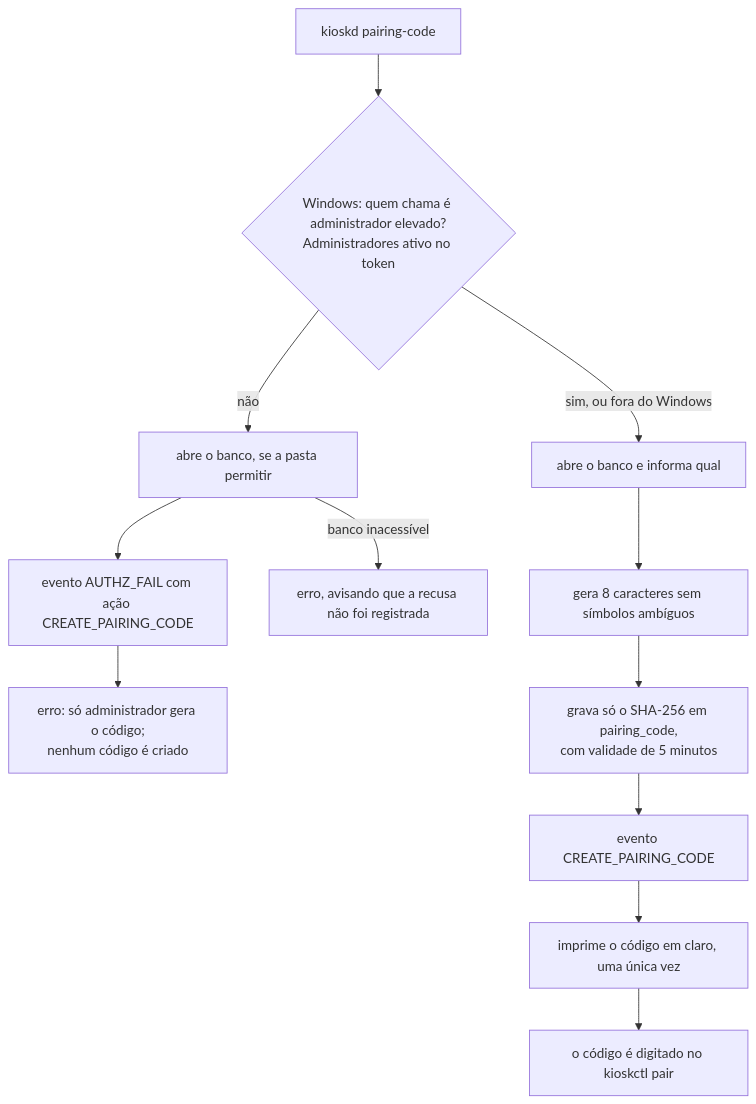
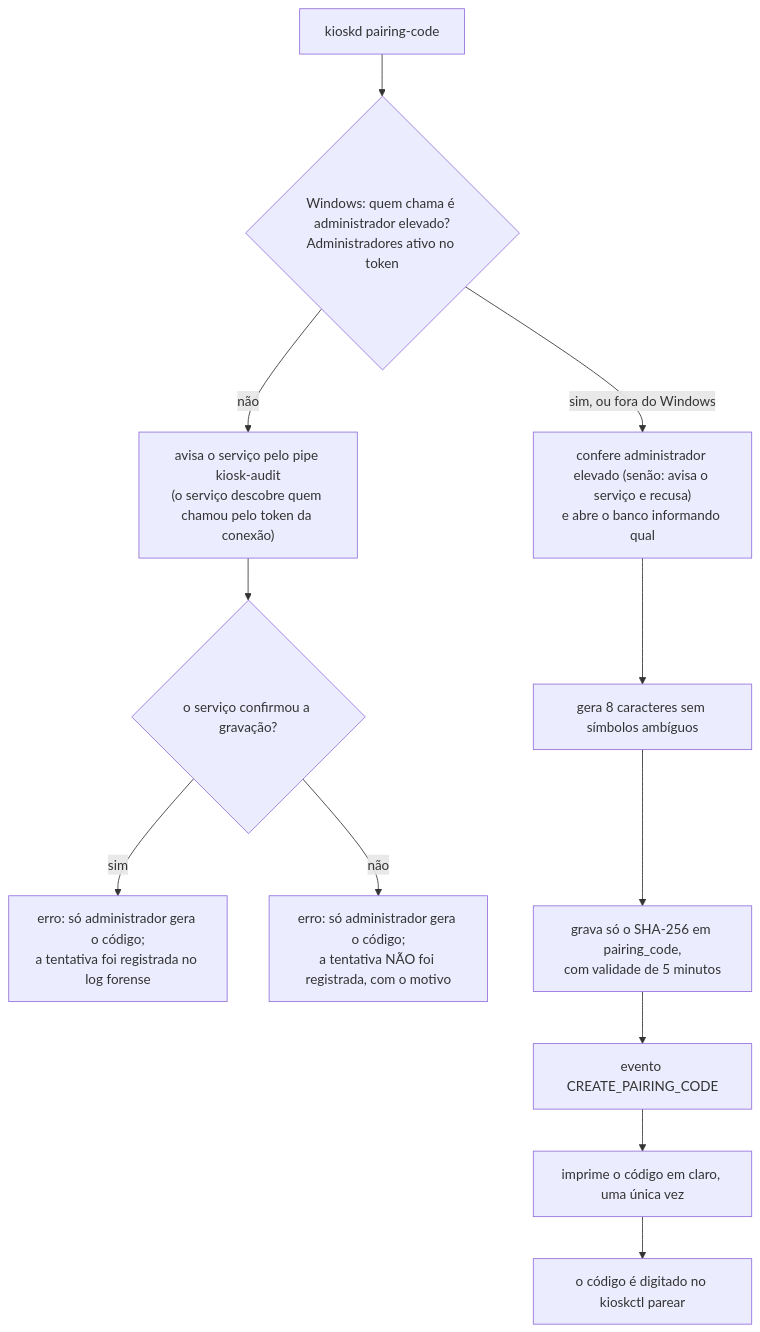
The fourth of 28 diagrams in docs/architecture/fluxos-dos-comandos.md (jefersonlop3s/kiosk-engine), drawn with Mermaid before and after one commit. The commit also changed other lines of this file and 22 other files, not shown here.

````diff
--- a/docs/architecture/fluxos-dos-comandos.md
+++ b/docs/architecture/fluxos-dos-comandos.md
@@ -90,14 +92,14 @@
 ```mermaid
 flowchart TD
     A["kioskd pairing-code"] --> W{"Windows: quem chama é administrador elevado?<br/>Administradores ativo no token"}
-    W -->|não| X["abre o banco, se a pasta permitir"]
-    X --> Y["evento AUTHZ_FAIL com ação CREATE_PAIRING_CODE"]
-    Y --> E1["erro: só administrador gera o código;<br/>nenhum código é criado"]
-    X -->|"banco inacessível"| E2["erro, avisando que a recusa não foi registrada"]
-    W -->|"sim, ou fora do Windows"| B["abre o banco e informa qual"]
+    W -->|não| X["avisa o serviço pelo pipe kiosk-audit<br/>(o serviço descobre quem chamou pelo token da conexão)"]
+    X --> Y{"o serviço confirmou a gravação?"}
+    Y -->|sim| E1["erro: só administrador gera o código;<br/>a tentativa foi registrada no log forense"]
+    Y -->|não| E2["erro: só administrador gera o código;<br/>a tentativa NÃO foi registrada, com o motivo"]
+    W -->|"sim, ou fora do Windows"| B["confere administrador elevado (senão: avisa o serviço e recusa)<br/>e abre o banco informando qual"]
     B --> C["gera 8 caracteres sem símbolos ambíguos"]
     C --> D["grava só o SHA-256 em pairing_code,<br/>com validade de 5 minutos"]
     D --> E["evento CREATE_PAIRING_CODE"]
     E --> F["imprime o código em claro, uma única vez"]
-    F --> G["o código é digitado no kioskctl pair"]
+    F --> G["o código é digitado no kioskctl parear"]
 ```
````
